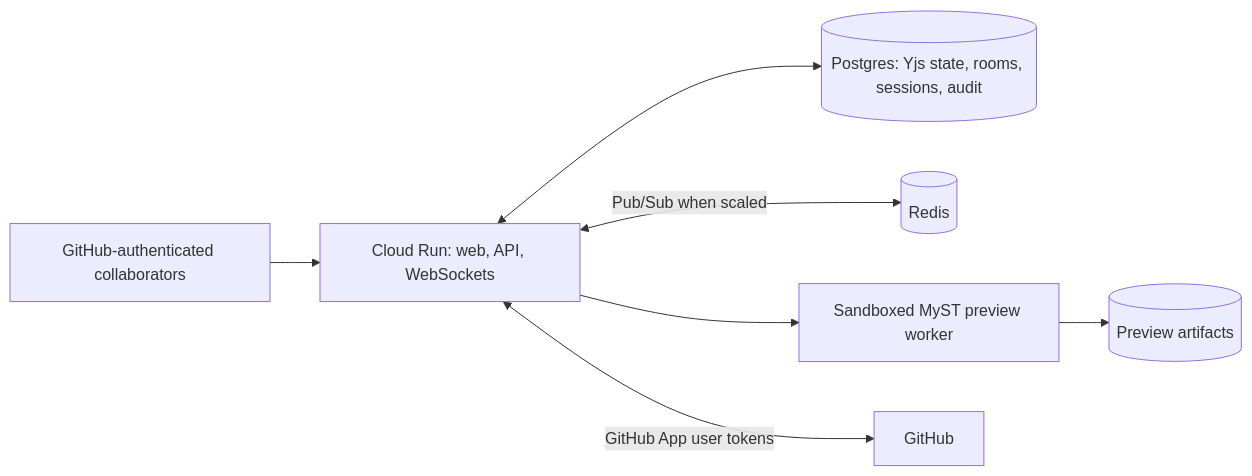
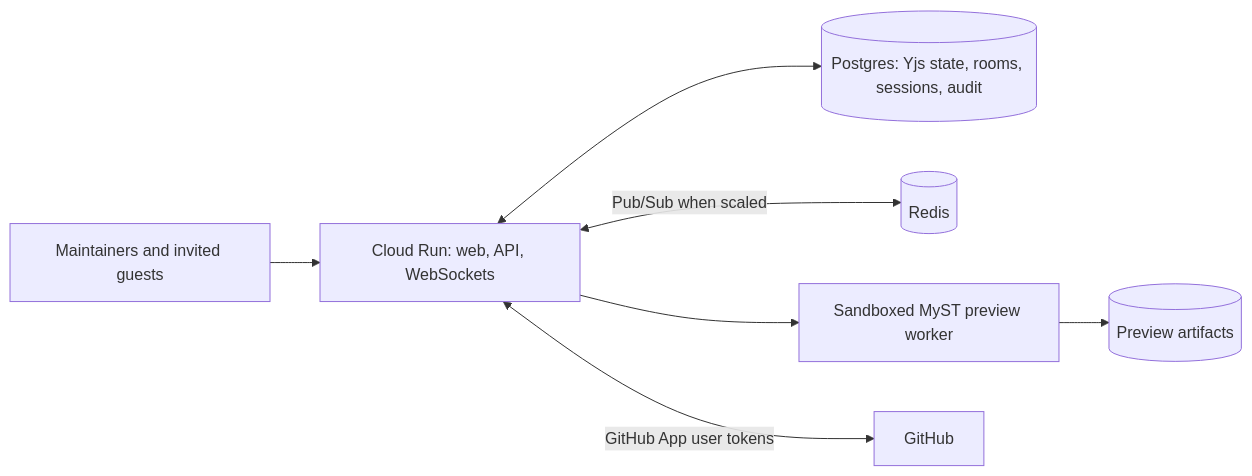
One commit to AllenNeuralDynamics/demystify changed the second of 2 diagrams in docs/ARCHITECTURE.md. Above: the diagram before and after it, drawn with Mermaid. The commit also changed other lines of this file and 13 other files, not shown here.

````diff
--- a/docs/ARCHITECTURE.md
+++ b/docs/ARCHITECTURE.md
@@ -36,9 +36,9 @@
 ```mermaid
 flowchart LR
-  U[GitHub-authenticated collaborators] --> A[Cloud Run: web, API, WebSockets]
+  U[Maintainers and invited guests] --> A[Cloud Run: web, API, WebSockets]
   A <--> P[(Postgres: Yjs state, rooms, sessions, audit)]
   A <-->|Pub/Sub when scaled| X[(Redis)]
   A --> Q[Sandboxed MyST preview worker]
   Q --> O[(Preview artifacts)]
   A <-->|GitHub App user tokens| G[GitHub]
 ```
````
